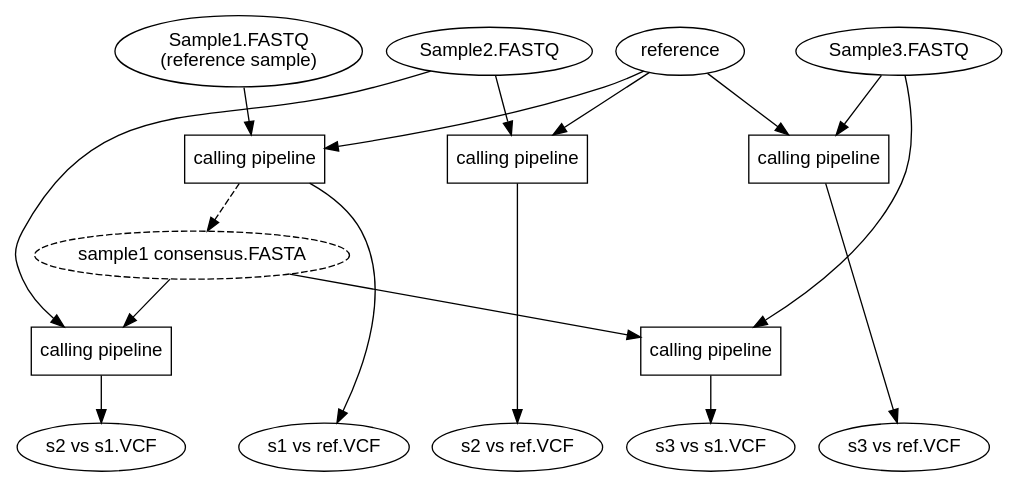
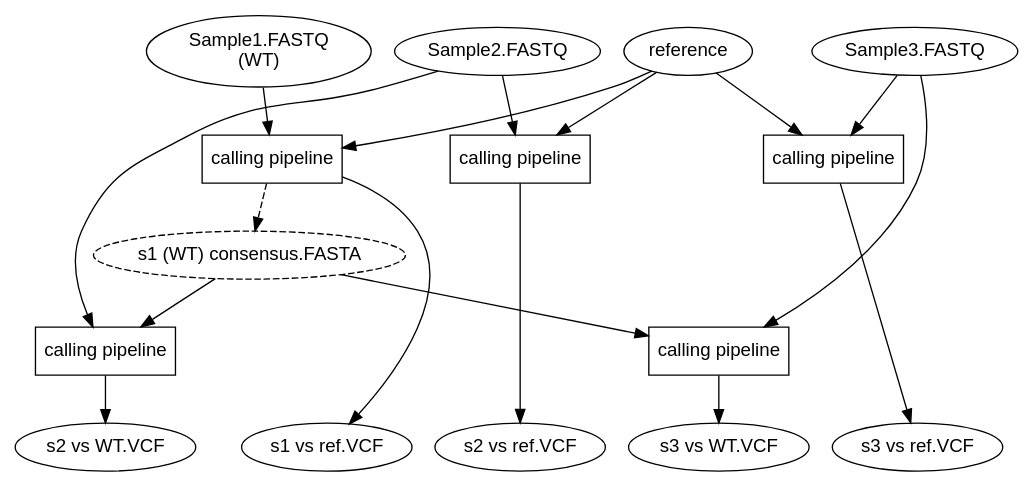
The diagram in images/flow2.gv (BioinfoSupport/nanopore_compare), drawn with Graphviz before and after one commit. The commit also changed 4 other files, not shown here.

Commit message:
flowchart names

```diff
--- a/images/flow2.gv
+++ b/images/flow2.gv
@@ -1,47 +1,47 @@
 digraph mygraph {
   fontname="Helvetica,Arial,sans-serif"
   node [fontname="Helvetica,Arial,sans-serif"]
   edge [fontname="Helvetica,Arial,sans-serif"]
 
   {
     rank = "same";
     node [shape=ellipse]
     reference
-    s1 [label="Sample1.FASTQ\n(reference sample)"]
+    s1 [label="Sample1.FASTQ\n(WT)"]
     s2 [label="Sample2.FASTQ"]
     s3 [label="Sample3.FASTQ"]
   }
 
   {
     node [shape=box, label="calling pipeline"]
     c1r
     c2r
     c3r
     c21
     c31
   }
 
   {
     rank = "same";
     node [shape=ellipse]
     s1r [label="s1 vs ref.VCF"]
     s2r [label="s2 vs ref.VCF"]
     s3r [label="s3 vs ref.VCF"]
-    s21 [label="s2 vs s1.VCF"]
-    s31 [label="s3 vs s1.VCF"]
+    s21 [label="s2 vs WT.VCF"]
+    s31 [label="s3 vs WT.VCF"]
   }
 
-  s1cons [shape=ellipse, style=dashed, label="sample1 consensus.FASTA"]
+  s1cons [shape=ellipse, style=dashed, label="s1 (WT) consensus.FASTA"]
 
   s1 -> c1r -> s1r
   s2 -> c2r -> s2r
   s3 -> c3r -> s3r
   reference -> {c1r c2r c3r}
 
   c1r -> s1cons [style=dashed]
   s1cons -> {c21 c31}
   s2 -> c21 -> s21
   s3 -> c31 -> s31
   
   
 }
```
